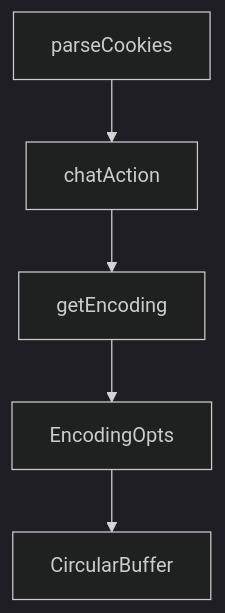
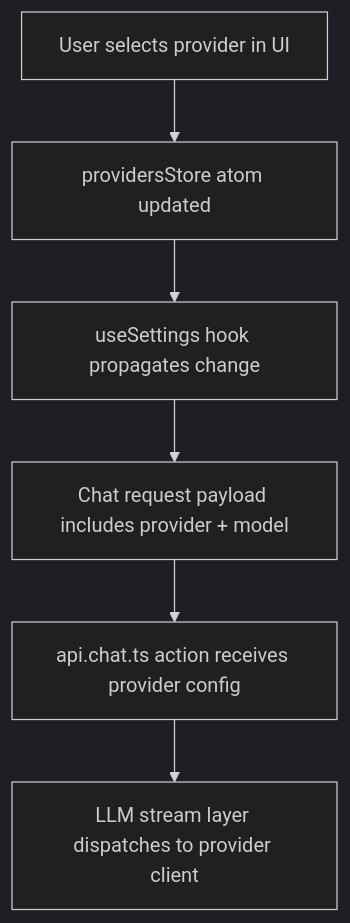
One commit to johnxie/awesome-code-docs changed the diagram in tutorials/bolt-diy-tutorial/03-providers-and-routing.md. Above: the diagram before and after it, drawn with Mermaid (dark theme). The commit also changed other lines of this file and 1232 other files, not shown here.

````diff
--- a/tutorials/bolt-diy-tutorial/03-providers-and-routing.md
+++ b/tutorials/bolt-diy-tutorial/03-providers-and-routing.md
@@ -263,12 +160,14 @@
 ```mermaid
 flowchart TD
-    A[parseCookies]
-    B[chatAction]
-    C[getEncoding]
-    D[EncodingOpts]
-    E[CircularBuffer]
+    A[User selects provider in UI]
+    B[providersStore atom updated]
+    C[useSettings hook propagates change]
+    D[Chat request payload includes provider + model]
+    E[api.chat.ts action receives provider config]
+    F[LLM stream layer dispatches to provider client]
     A --> B
     B --> C
     C --> D
     D --> E
+    E --> F
 ```
````
